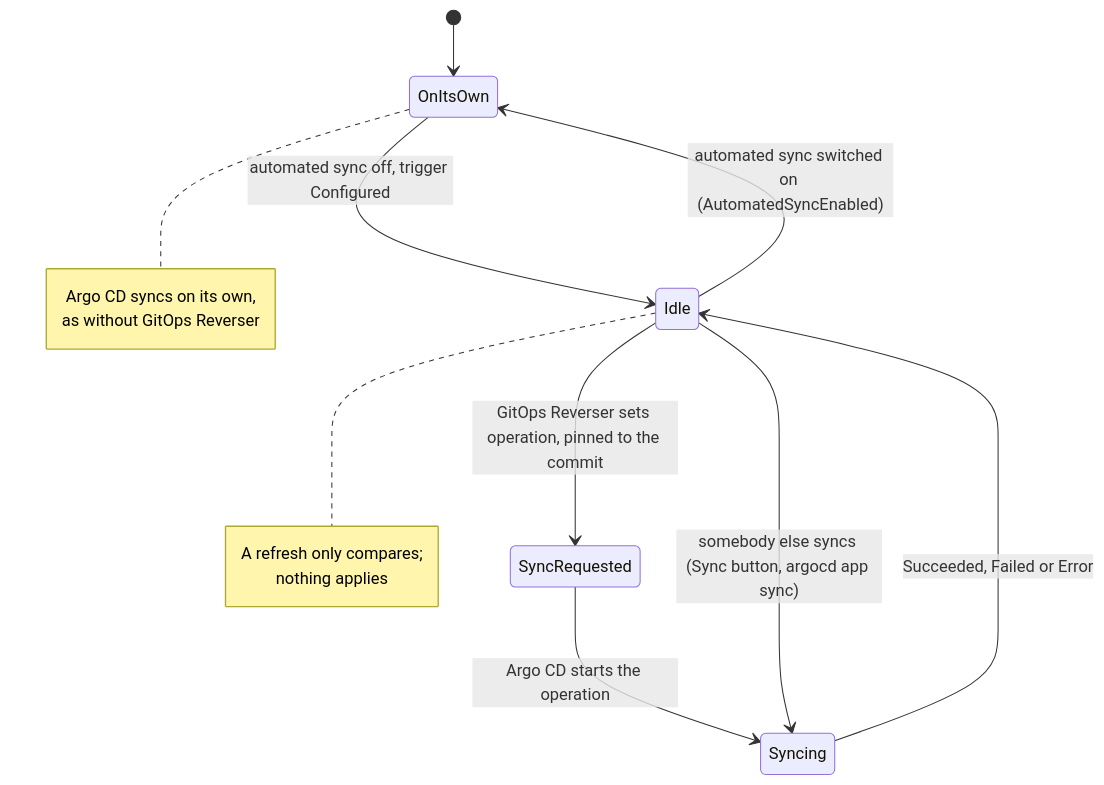
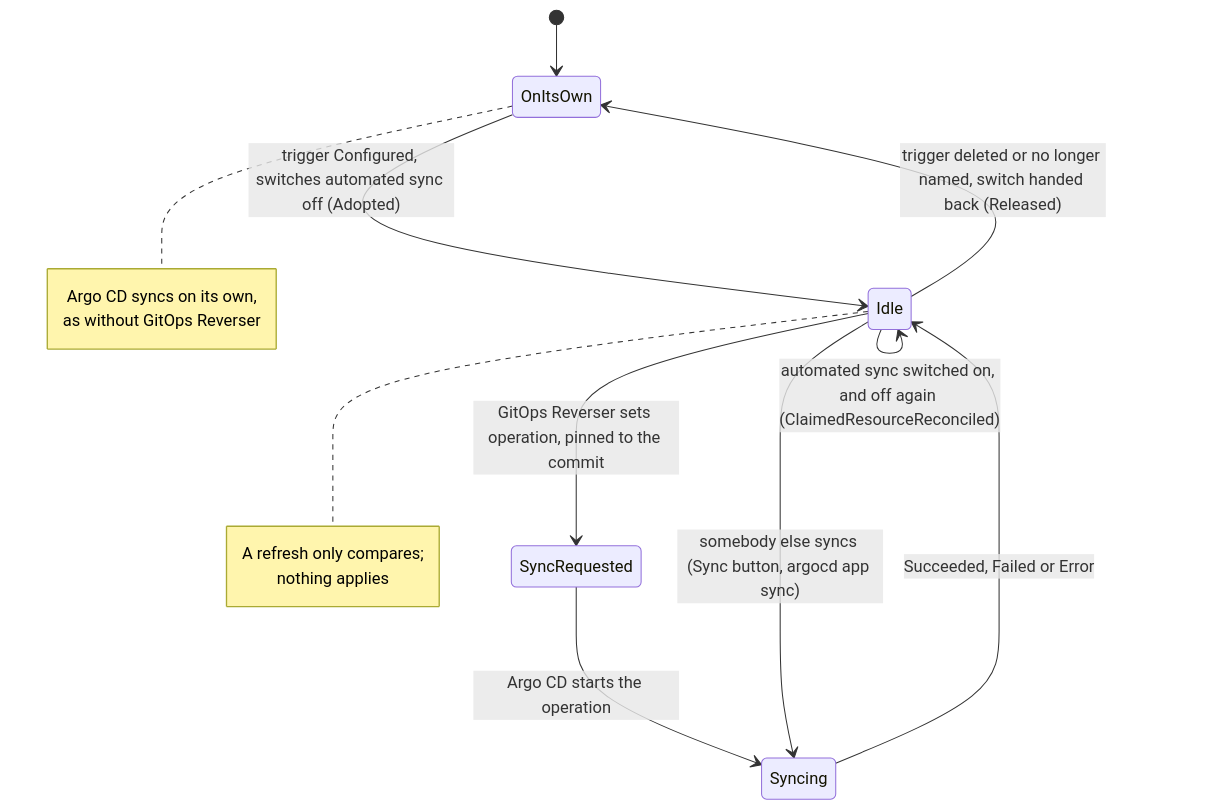
Before and after one commit to ConfigButler/gitops-reverser: the first of 2 diagrams in docs/bi-directional-argocd.md, drawn with Mermaid. The commit also changed other lines of this file and 43 other files, not shown here.

First line of the commit message:
feat(applier)!: hold an Argo CD Application's automated sync off, as a suspend (#437)

````diff
--- a/docs/bi-directional-argocd.md
+++ b/docs/bi-directional-argocd.md
@@ -254,19 +280,20 @@
 ```mermaid
 stateDiagram-v2
     [*] --> OnItsOwn
-    OnItsOwn --> Idle: automated sync off, trigger Configured
+    OnItsOwn --> Idle: trigger Configured, switches automated sync off (Adopted)
     Idle --> SyncRequested: GitOps Reverser sets operation, pinned to the commit
     SyncRequested --> Syncing: Argo CD starts the operation
     Syncing --> Idle: Succeeded, Failed or Error
     Idle --> Syncing: somebody else syncs (Sync button, argocd app sync)
-    Idle --> OnItsOwn: automated sync switched on (AutomatedSyncEnabled)
+    Idle --> Idle: automated sync switched on, and off again (ClaimedResourceReconciled)
+    Idle --> OnItsOwn: trigger deleted or no longer named, switch handed back (Released)
 
     note right of OnItsOwn
         Argo CD syncs on its own,
         as without GitOps Reverser
     end note
     note right of Idle
         A refresh only compares;
         nothing applies
     end note
 ```
````
